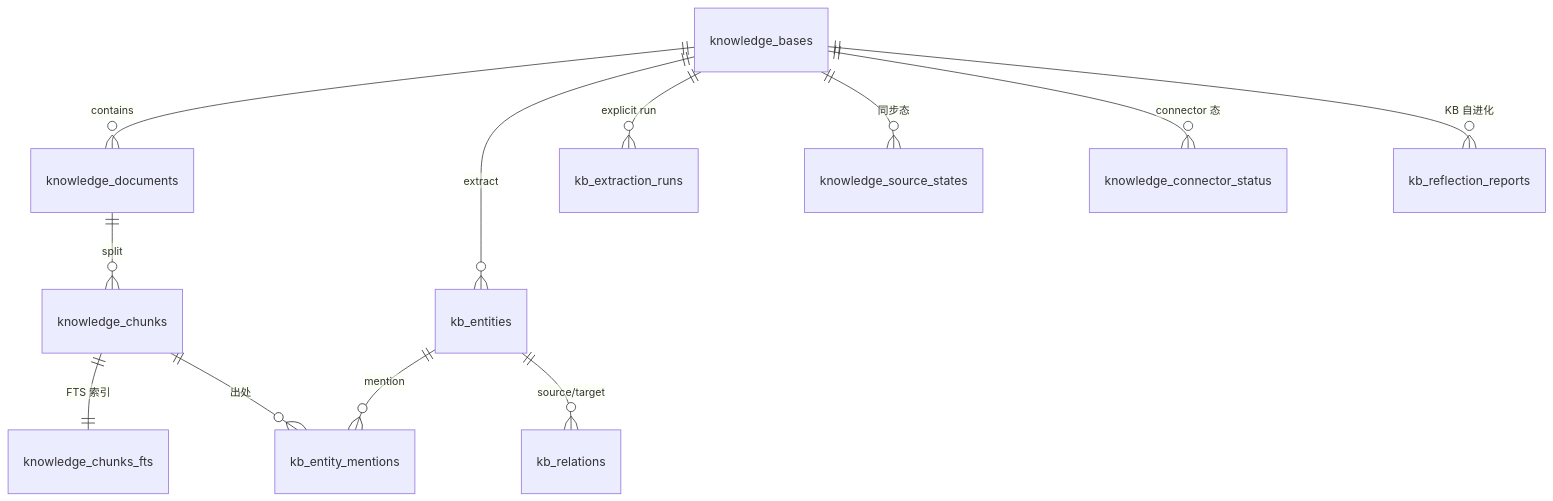
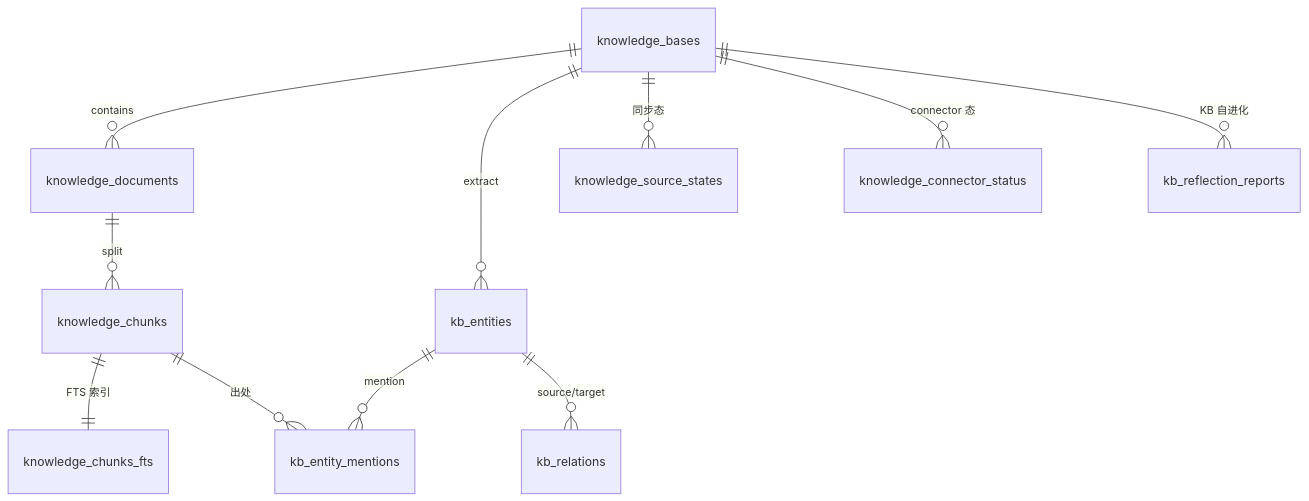
Before and after one commit to Summy2104/fleetent: the fourth of 4 diagrams in docs/architecture/data-model.md, drawn with Mermaid. The commit also changed other lines of this file and 46 other files, not shown here.

````diff
--- a/docs/architecture/data-model.md
+++ b/docs/architecture/data-model.md
@@ -186,14 +186,13 @@
 ```mermaid
 erDiagram
   knowledge_bases ||--o{ knowledge_documents : "contains"
   knowledge_documents ||--o{ knowledge_chunks : "split"
   knowledge_chunks ||--|| knowledge_chunks_fts : "FTS 索引"
   knowledge_bases ||--o{ kb_entities : "extract"
   kb_entities ||--o{ kb_entity_mentions : "mention"
   knowledge_chunks ||--o{ kb_entity_mentions : "出处"
   kb_entities ||--o{ kb_relations : "source/target"
-  knowledge_bases ||--o{ kb_extraction_runs : "explicit run"
   knowledge_bases ||--o{ knowledge_source_states : "同步态"
   knowledge_bases ||--o{ knowledge_connector_status : "connector 态"
   knowledge_bases ||--o{ kb_reflection_reports : "KB 自进化"
 ```
````
